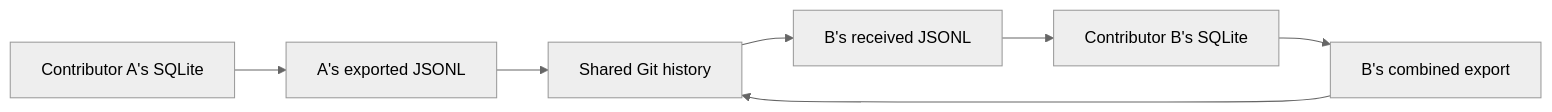
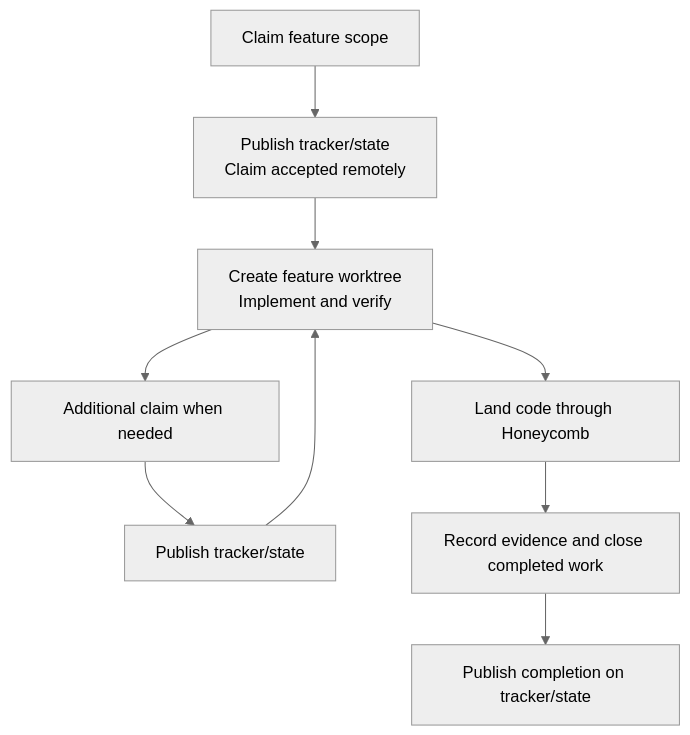
The second of 2 diagrams in docs/beads-integration.md (codethread/hive), drawn with Mermaid (neutral theme) before and after one commit. The commit also changed other lines of this file and 25 other files, not shown here.

````diff
--- a/docs/beads-integration.md
+++ b/docs/beads-integration.md
@@ -49,9 +39,11 @@
 ```mermaid
-flowchart LR
-    A["Contributor A's SQLite"] --> B["A's exported JSONL"]
-    B --> C["Shared Git history"]
-    C --> D["B's received JSONL"]
-    D --> E["Contributor B's SQLite"]
-    E --> F["B's combined export"]
-    F --> C
+flowchart TD
+	C["Claim feature scope"] --> P["Publish tracker/state<br/>Claim accepted remotely"]
+	P --> W["Create feature worktree<br/>Implement and verify"]
+	W --> A["Additional claim when needed"]
+	A --> P2["Publish tracker/state"]
+	P2 --> W
+	W --> L["Land code through Honeycomb"]
+	L --> E["Record evidence and close completed work"]
+	E --> F["Publish completion on tracker/state"]
 ```
````
